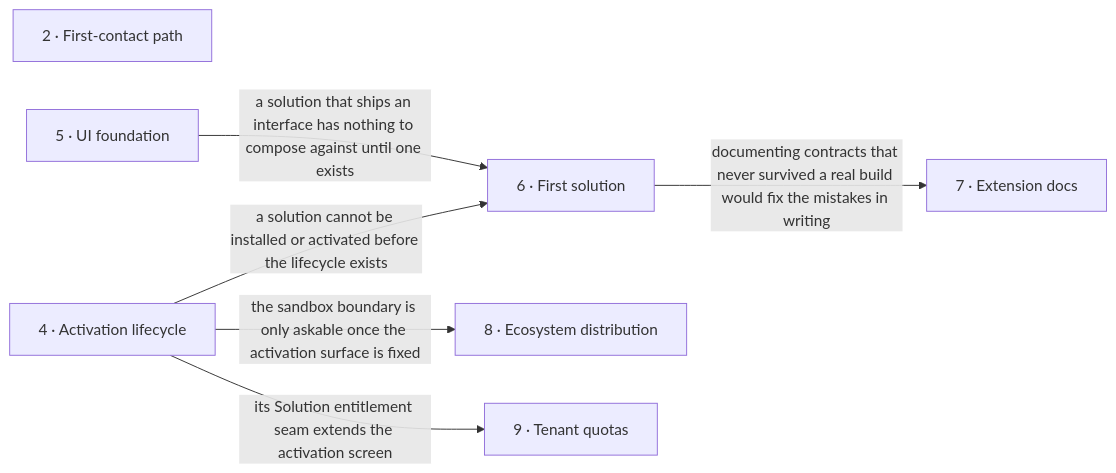
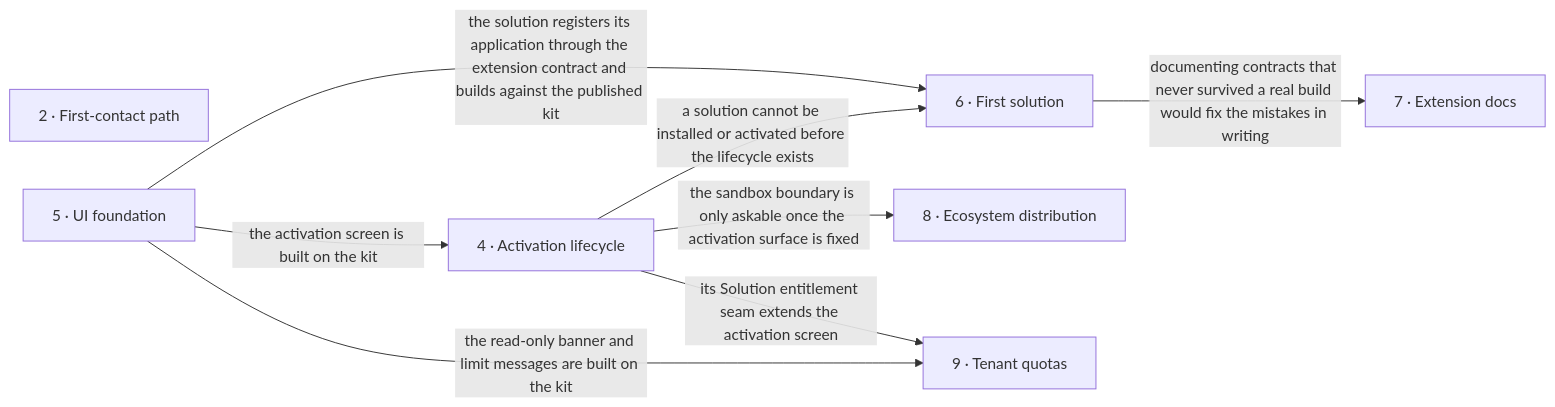
The diagram in docs/roadmap.md (fapost-lab/core), drawn with Mermaid before and after one commit. The commit also changed other lines of this file and 20 other files, not shown here.

First line of the commit message:
docs: sync the roadmap and specs with ui-foundation and first-solution (#99)

````diff
--- a/docs/roadmap.md
+++ b/docs/roadmap.md
@@ -96,15 +101,17 @@
 ```mermaid
 flowchart LR
   s2["2 · First-contact path"]
   s4["4 · Activation lifecycle"]
   s5["5 · UI foundation"]
   s6["6 · First solution"]
   s7["7 · Extension docs"]
   s8["8 · Ecosystem distribution"]
   s9["9 · Tenant quotas"]
   s4 -->|"a solution cannot be installed or activated before the lifecycle exists"| s6
-  s5 -->|"a solution that ships an interface has nothing to compose against until one exists"| s6
+  s5 -->|"the solution registers its application through the extension contract and builds against the published kit"| s6
+  s5 -->|"the activation screen is built on the kit"| s4
+  s5 -->|"the read-only banner and limit messages are built on the kit"| s9
   s6 -->|"documenting contracts that never survived a real build would fix the mistakes in writing"| s7
   s4 -->|"the sandbox boundary is only askable once the activation surface is fixed"| s8
   s4 -->|"its Solution entitlement seam extends the activation screen"| s9
 ```
````
